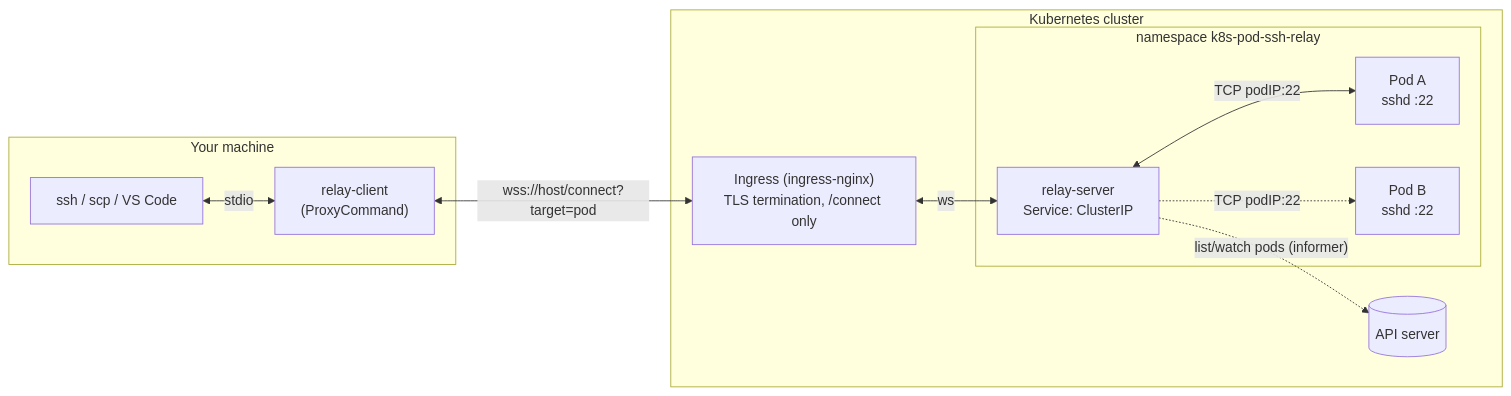
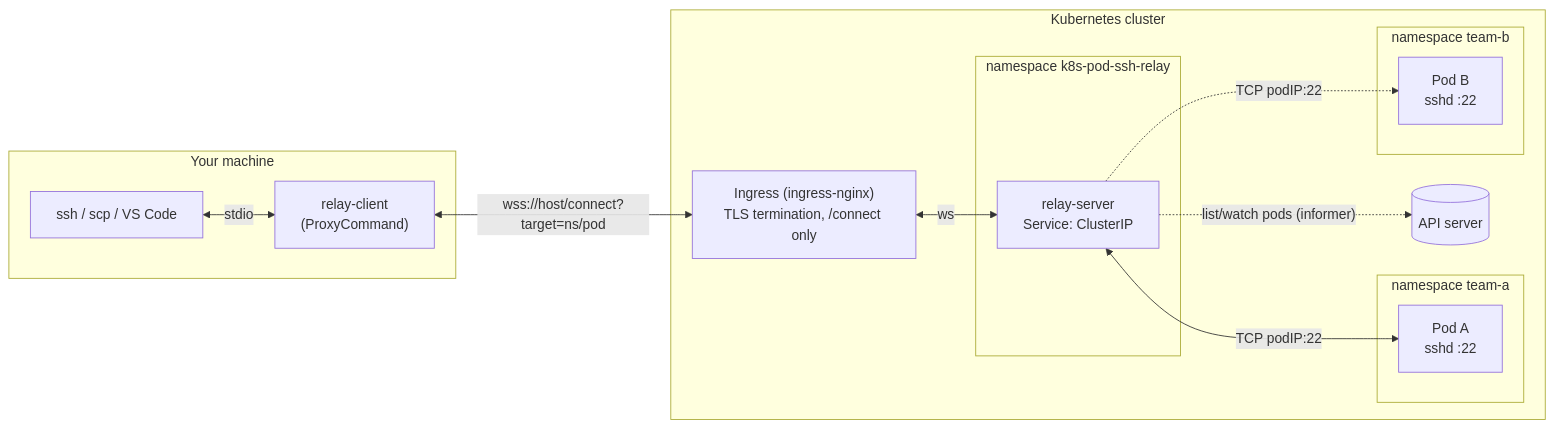
Before and after one commit to fqix/k8s-pod-ssh-relay: the first of 2 diagrams in README.md, drawn with Mermaid. The commit also changed other lines of this file and 10 other files, not shown here.

First line of the commit message:
feat!: address target pods as namespace/pod

````diff
--- a/README.md
+++ b/README.md
@@ -21,24 +21,28 @@
 ```mermaid
 flowchart LR
   subgraph local["Your machine"]
     ssh["ssh / scp / VS Code"]
     client["relay-client<br/>(ProxyCommand)"]
     ssh <-->|stdio| client
   end
 
   subgraph cluster["Kubernetes cluster"]
     api[("API server")]
     ingress["Ingress (ingress-nginx)<br/>TLS termination, /connect only"]
     subgraph ns["namespace k8s-pod-ssh-relay"]
       relay["relay-server<br/>Service: ClusterIP"]
+    end
+    subgraph nsA["namespace team-a"]
       podA["Pod A<br/>sshd :22"]
+    end
+    subgraph nsB["namespace team-b"]
       podB["Pod B<br/>sshd :22"]
     end
   end
 
-  client <-->|"wss://host/connect?target=pod"| ingress
+  client <-->|"wss://host/connect?target=ns/pod"| ingress
   ingress <-->|ws| relay
   relay <-->|"TCP podIP:22"| podA
   relay -. "TCP podIP:22" .-> podB
   relay -. "list/watch pods (informer)" .-> api
 ```
````
